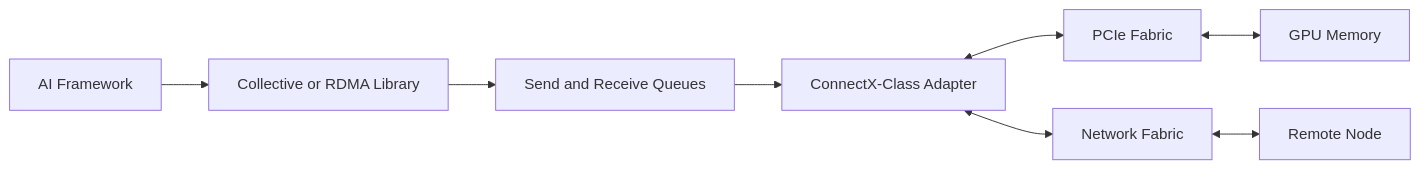
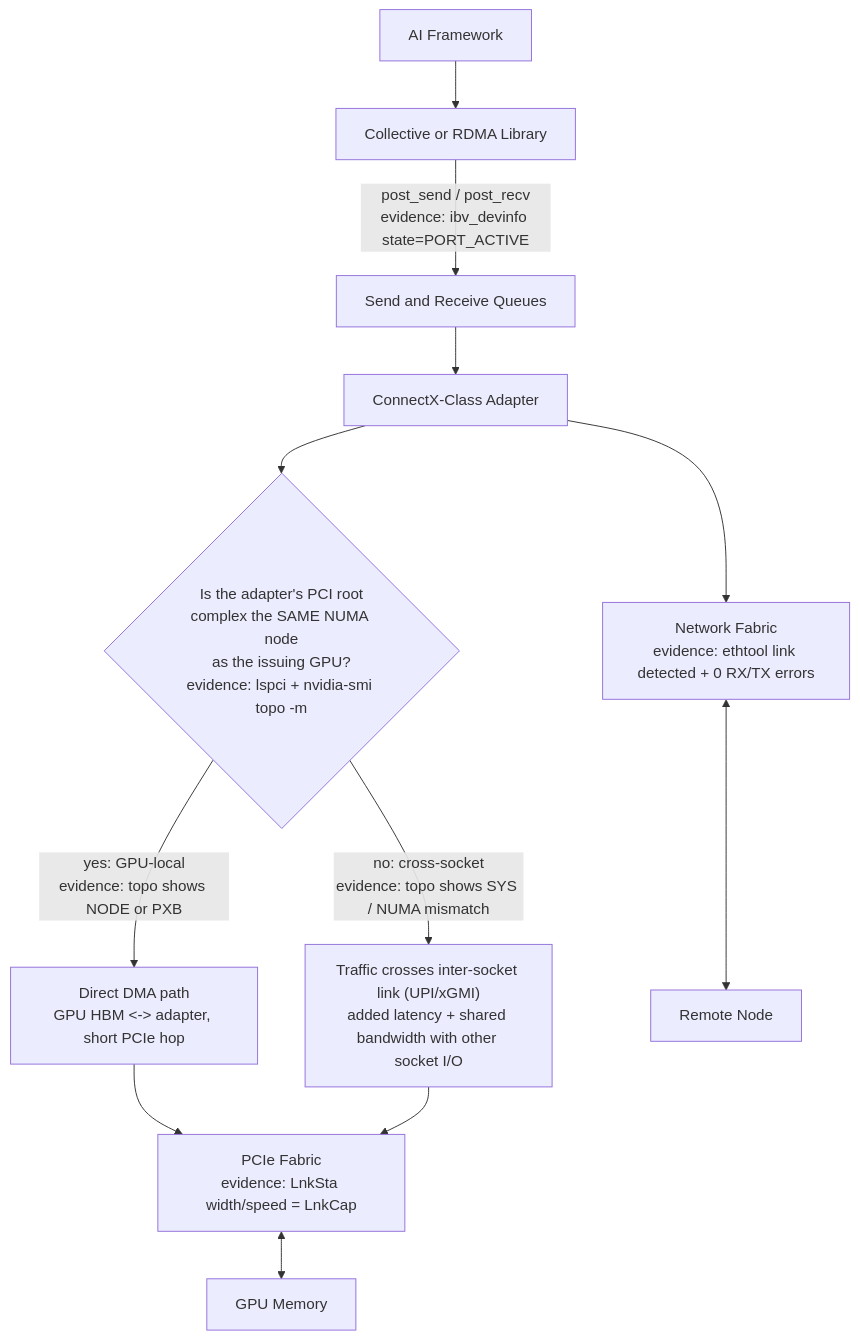
Before and after one commit to jithinpnjm/nvidia-devops: the first of 3 diagrams in docs/nvidia-zero-to-hero/volume-07/chapter-07-connectx-and-gpu-network-adapters.md, drawn with Mermaid. The commit also changed other lines of this file and 10 other files, not shown here.

````diff
--- a/docs/nvidia-zero-to-hero/volume-07/chapter-07-connectx-and-gpu-network-adapters.md
+++ b/docs/nvidia-zero-to-hero/volume-07/chapter-07-connectx-and-gpu-network-adapters.md
@@ -53,15 +53,17 @@
 ```mermaid
-flowchart LR
-    App[AI Framework]
-    Collective[Collective or RDMA Library]
-    Queues[Send and Receive Queues]
-    Adapter[ConnectX-Class Adapter]
-    PCIe[PCIe Fabric]
-    GPU[GPU Memory]
-    Fabric[Network Fabric]
-    Remote[Remote Node]
+flowchart TD
+    App[AI Framework] --> Collective[Collective or RDMA Library]
+    Collective -->|"post_send / post_recv<br/>evidence: ibv_devinfo state=PORT_ACTIVE"| Queues[Send and Receive Queues]
+    Queues --> Adapter[ConnectX-Class Adapter]
 
-    App --> Collective --> Queues --> Adapter
-    Adapter <--> PCIe <--> GPU
-    Adapter <--> Fabric <--> Remote
+    Adapter --> Locality{"Is the adapter's PCI root<br/>complex the SAME NUMA node<br/>as the issuing GPU?<br/>evidence: lspci + nvidia-smi topo -m"}
+    Locality -->|"yes: GPU-local<br/>evidence: topo shows NODE or PXB"| DirectPath["Direct DMA path<br/>GPU HBM <-> adapter, short PCIe hop"]
+    Locality -->|"no: cross-socket<br/>evidence: topo shows SYS / NUMA mismatch"| RemotePath["Traffic crosses inter-socket link (UPI/xGMI)<br/>added latency + shared bandwidth with other socket I/O"]
+
+    DirectPath --> PCIe["PCIe Fabric<br/>evidence: LnkSta width/speed = LnkCap"]
+    RemotePath --> PCIe
+    PCIe <--> GPU[GPU Memory]
+
+    Adapter --> Fabric["Network Fabric<br/>evidence: ethtool link detected + 0 RX/TX errors"]
+    Fabric <--> Remote[Remote Node]
 ```
````
